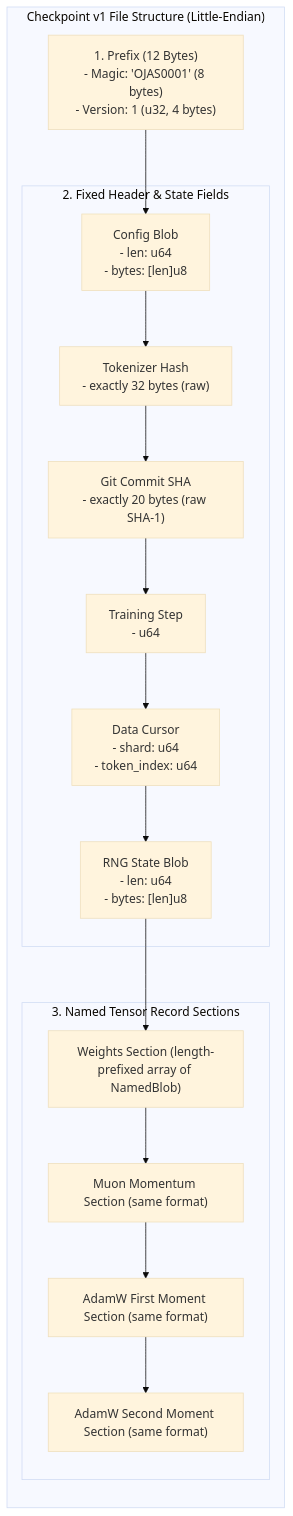
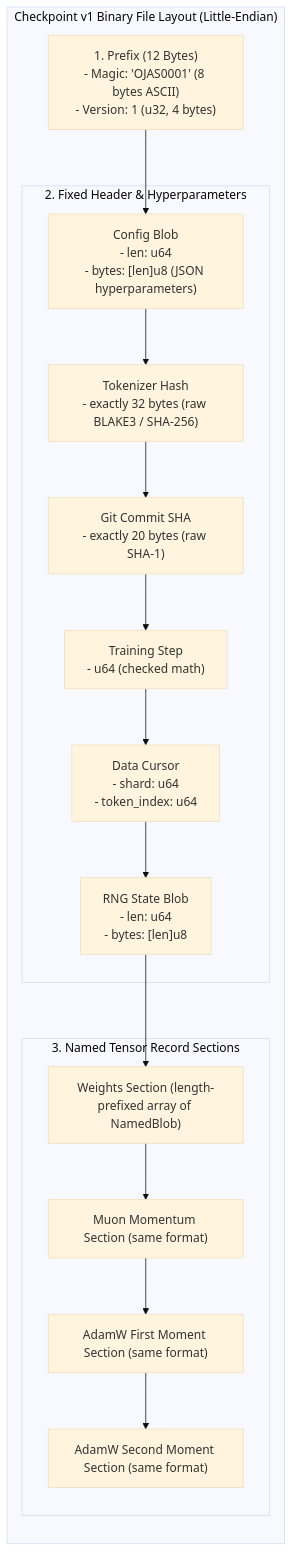
One commit to bharathvbcr/ojas changed the first of 2 diagrams in docs/checkpoint-v1.md. Above: the diagram before and after it, drawn with Mermaid (base theme). The commit also changed other lines of this file and 341 other files, not shown here.

````diff
--- a/docs/checkpoint-v1.md
+++ b/docs/checkpoint-v1.md
@@ -11,34 +11,34 @@
 ```mermaid
 flowchart TD
-    subgraph FileFrame["Checkpoint v1 File Structure (Little-Endian)"]
+    subgraph FileFrame["Checkpoint v1 Binary File Layout (Little-Endian)"]
         direction TB
-        Prefix["1. Prefix (12 Bytes)\n- Magic: 'OJAS0001' (8 bytes)\n- Version: 1 (u32, 4 bytes)"]
+        Prefix["1. Prefix (12 Bytes)\n- Magic: 'OJAS0001' (8 bytes ASCII)\n- Version: 1 (u32, 4 bytes)"]
         
-        subgraph FixedBody["2. Fixed Header & State Fields"]
-            Config["Config Blob\n- len: u64\n- bytes: [len]u8"]
-            TokHash["Tokenizer Hash\n- exactly 32 bytes (raw)"]
+        subgraph FixedBody["2. Fixed Header & Hyperparameters"]
+            Config["Config Blob\n- len: u64\n- bytes: [len]u8 (JSON hyperparameters)"]
+            TokHash["Tokenizer Hash\n- exactly 32 bytes (raw BLAKE3 / SHA-256)"]
             GitSHA["Git Commit SHA\n- exactly 20 bytes (raw SHA-1)"]
-            Step["Training Step\n- u64"]
+            Step["Training Step\n- u64 (checked math)"]
             Cursor["Data Cursor\n- shard: u64\n- token_index: u64"]
             RNG["RNG State Blob\n- len: u64\n- bytes: [len]u8"]
         end
 
         subgraph ArrayBody["3. Named Tensor Record Sections"]
             Weights["Weights Section (length-prefixed array of NamedBlob)"]
             Muon["Muon Momentum Section (same format)"]
             AdamW1["AdamW First Moment Section (same format)"]
             AdamW2["AdamW Second Moment Section (same format)"]
         end
 
         Prefix --> Config
         Config --> TokHash
         TokHash --> GitSHA
         GitSHA --> Step
         Step --> Cursor
         Cursor --> RNG
         RNG --> Weights
         Weights --> Muon
         Muon --> AdamW1
         AdamW1 --> AdamW2
     end
 ```
````
